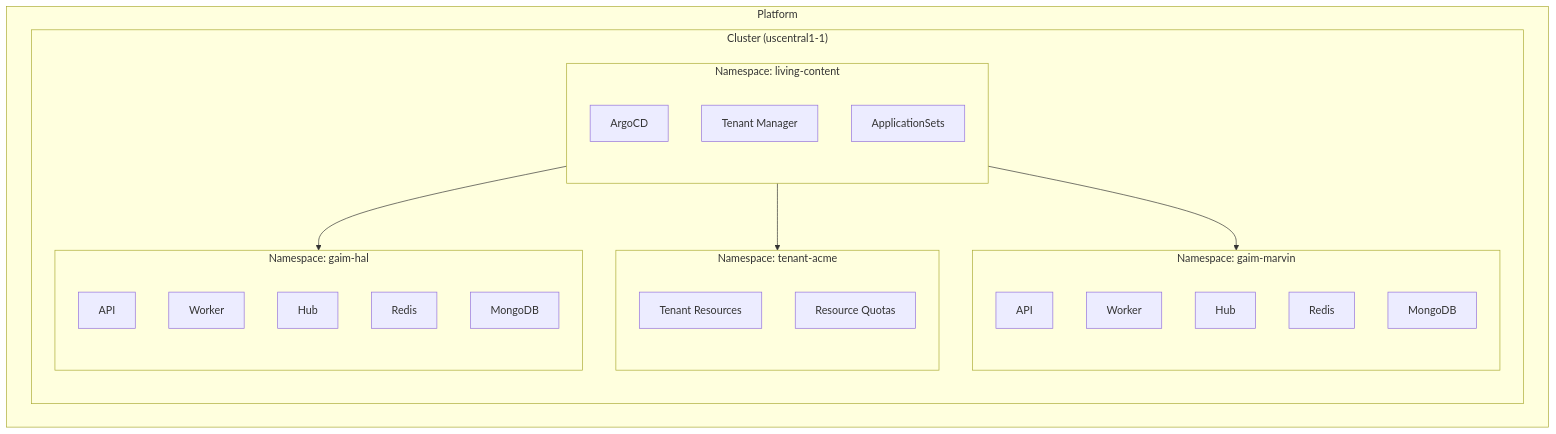
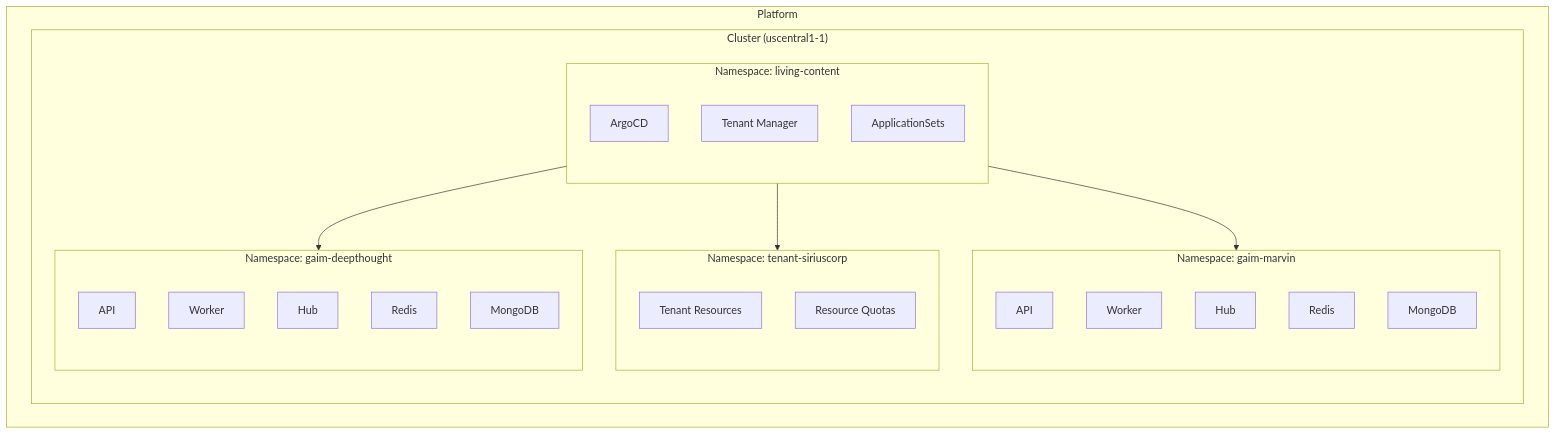
One commit to Living-Content/living-content-architecture changed the first of 6 diagrams in multi-tenancy.md. Above: the diagram before and after it, drawn with Mermaid. The commit also changed other lines of this file and 7 other files, not shown here.

````diff
--- a/multi-tenancy.md
+++ b/multi-tenancy.md
@@ -7,37 +8,37 @@
 ```mermaid
 graph TB
     subgraph platform["Platform"]
         subgraph cluster["Cluster (uscentral1-1)"]
             subgraph infra_ns["Namespace: living-content"]
                 ARGO["ArgoCD"]
                 TM["Tenant Manager"]
                 APPSETS["ApplicationSets"]
             end
 
-            subgraph tenant_ns["Namespace: tenant-acme"]
+            subgraph tenant_ns["Namespace: tenant-siriuscorp"]
                 T_RES["Tenant Resources"]
                 T_QUOTA["Resource Quotas"]
             end
 
             subgraph gaim_ns1["Namespace: gaim-marvin"]
                 G1_API["API"]
                 G1_WORKER["Worker"]
                 G1_HUB["Hub"]
                 G1_REDIS["Redis"]
                 G1_MONGO["MongoDB"]
             end
 
-            subgraph gaim_ns2["Namespace: gaim-hal"]
+            subgraph gaim_ns2["Namespace: gaim-deepthought"]
                 G2_API["API"]
                 G2_WORKER["Worker"]
                 G2_HUB["Hub"]
                 G2_REDIS["Redis"]
                 G2_MONGO["MongoDB"]
             end
         end
     end
 
     infra_ns --> tenant_ns
     infra_ns --> gaim_ns1
     infra_ns --> gaim_ns2
 ```
````
